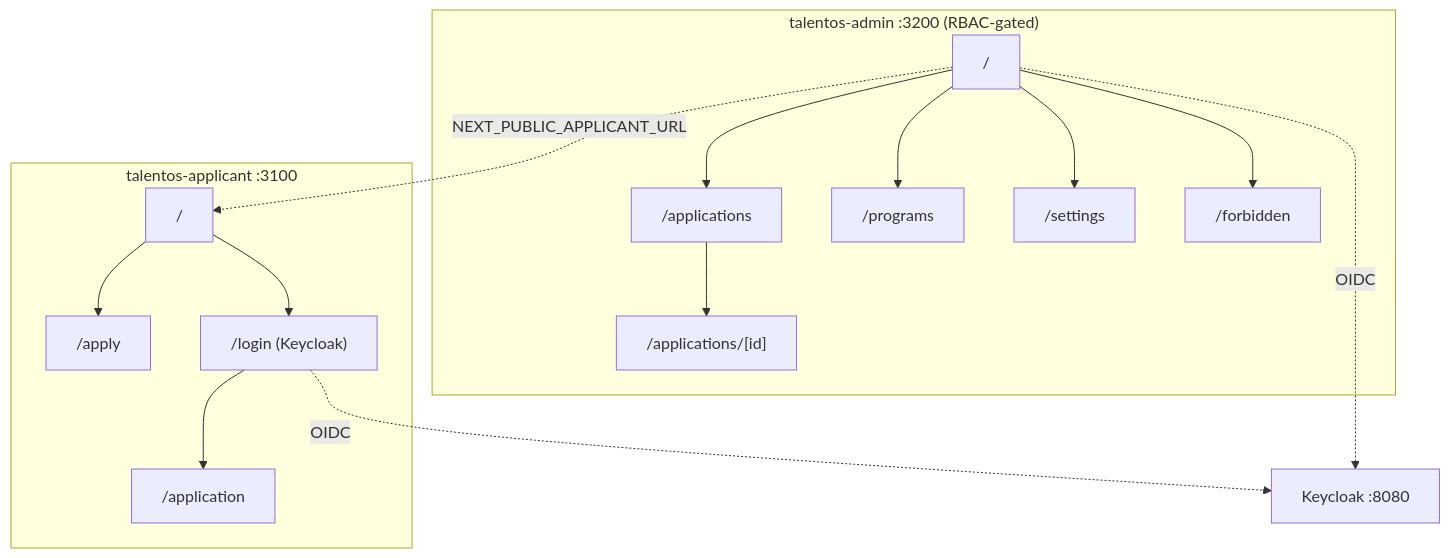
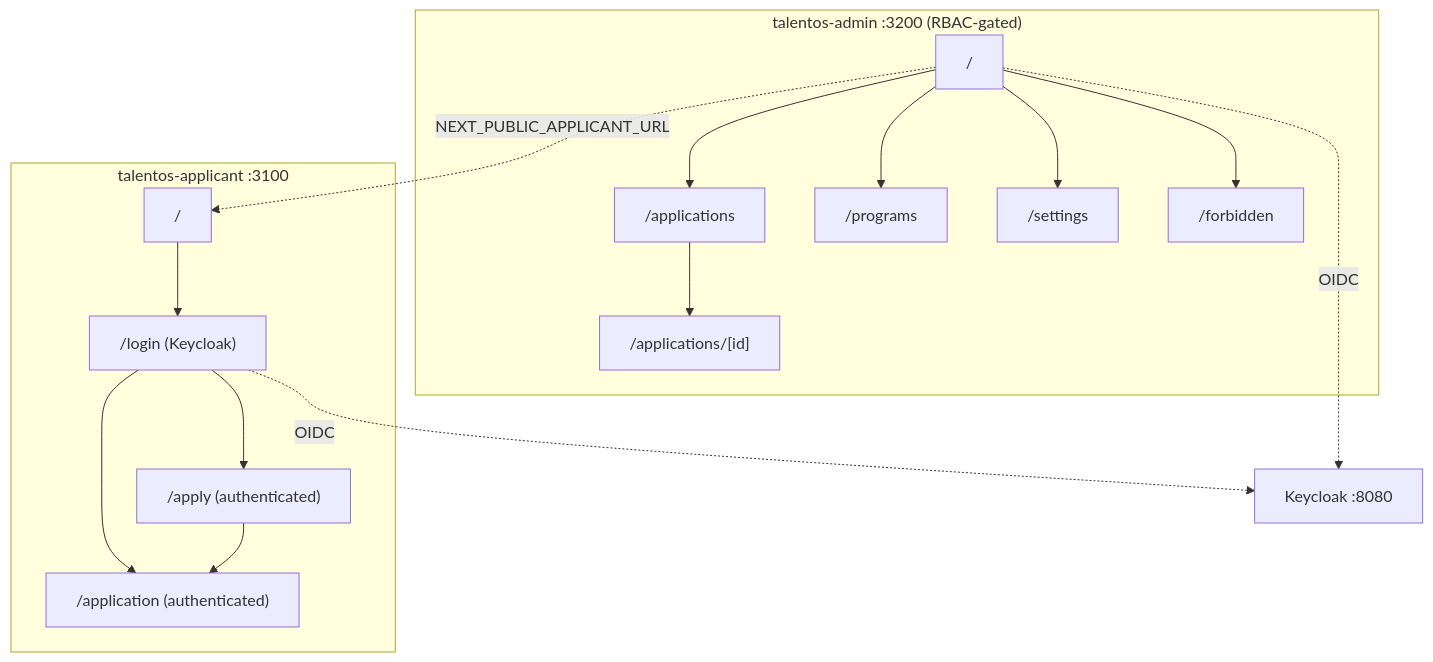
The third of 3 diagrams in docs/Architecture.md (karimjindani/talentOS), drawn with Mermaid before and after one commit. The commit also changed 4 other files, not shown here.

````diff
--- a/docs/Architecture.md
+++ b/docs/Architecture.md
@@ -82,18 +82,19 @@
 ```mermaid
 flowchart TD
     subgraph Applicant["talentos-applicant :3100"]
-      Landing["/"] --> Apply["/apply"]
-      Landing --> Login["/login (Keycloak)"]
-      Login --> Application["/application"]
+      Landing["/"] --> Login["/login (Keycloak)"]
+      Login --> Apply["/apply (authenticated)"]
+      Login --> Application["/application (authenticated)"]
+      Apply --> Application
     end
     Login -. OIDC .-> KC["Keycloak :8080"]
     subgraph AdminC["talentos-admin :3200 (RBAC-gated)"]
       AdminHome["/"] --> Applications["/applications"]
       Applications --> Detail["/applications/[id]"]
       AdminHome --> Programs["/programs"]
       AdminHome --> Settings["/settings"]
       AdminHome --> Forbidden["/forbidden"]
     end
     AdminHome -. OIDC .-> KC
     AdminHome -. NEXT_PUBLIC_APPLICANT_URL .-> Landing
 ```
````
